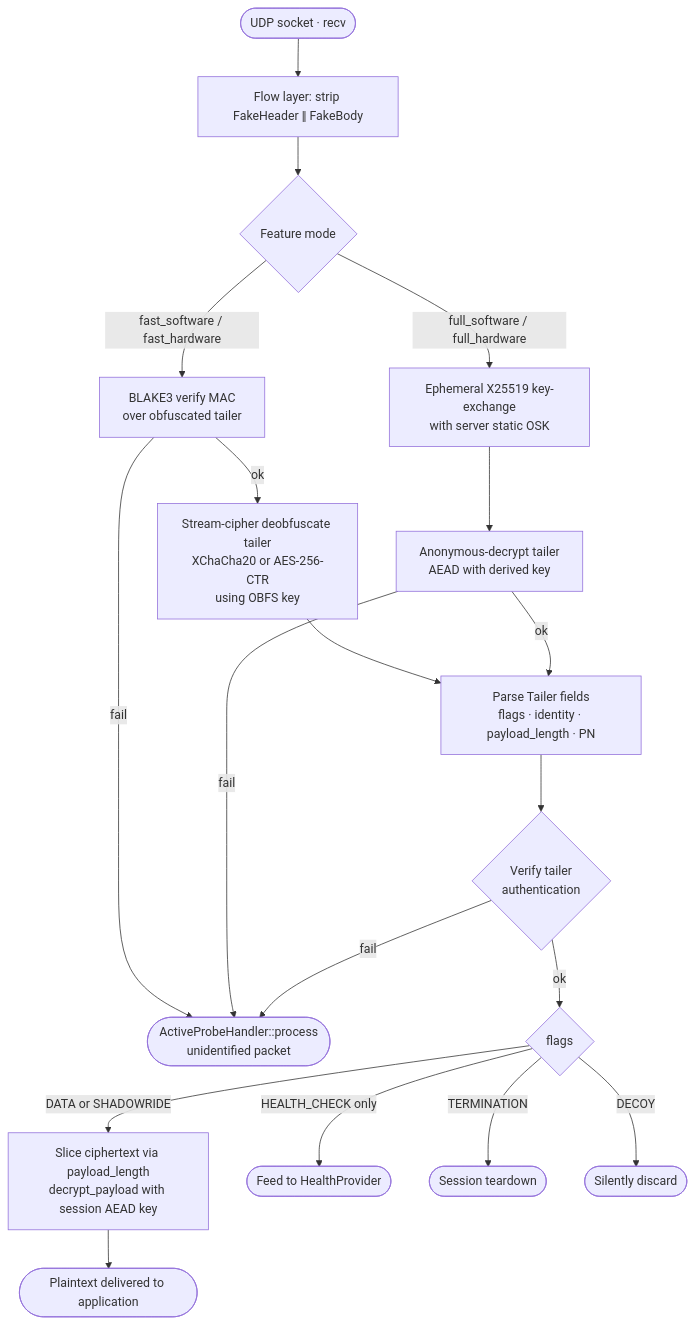
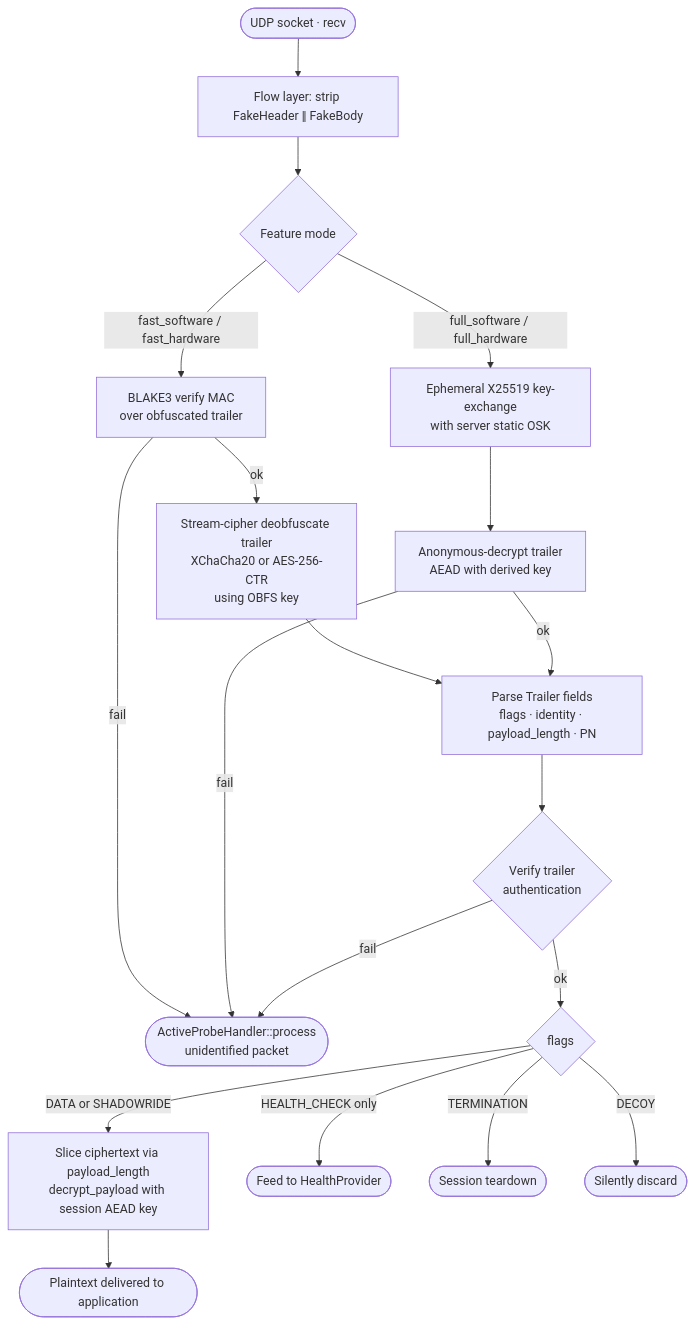
Before and after one commit to pseusys/TYPHOON: the eighth of 13 diagrams in PROTOCOL.md, drawn with Mermaid. The commit also changed other lines of this file and 59 other files, not shown here.

````diff
--- a/PROTOCOL.md
+++ b/PROTOCOL.md
@@ -657,22 +657,22 @@
 ```mermaid
 flowchart TD
     A([UDP socket · recv]) --> B[Flow layer: strip FakeHeader ‖ FakeBody]
     B --> TM{Feature mode}
-    TM -- fast_software / fast_hardware --> C1[BLAKE3 verify MAC\nover obfuscated tailer]
+    TM -- fast_software / fast_hardware --> C1[BLAKE3 verify MAC\nover obfuscated trailer]
     C1 -- fail --> X([ActiveProbeHandler::process\nunidentified packet])
-    C1 -- ok --> C2[Stream-cipher deobfuscate tailer\nXChaCha20 or AES-256-CTR\nusing OBFS key]
+    C1 -- ok --> C2[Stream-cipher deobfuscate trailer\nXChaCha20 or AES-256-CTR\nusing OBFS key]
     TM -- full_software / full_hardware --> D1[Ephemeral X25519 key-exchange\nwith server static OSK]
-    D1 --> D2[Anonymous-decrypt tailer\nAEAD with derived key]
+    D1 --> D2[Anonymous-decrypt trailer\nAEAD with derived key]
     D2 -- fail --> X
 
-    C2 --> E[Parse Tailer fields\nflags · identity · payload_length · PN]
+    C2 --> E[Parse Trailer fields\nflags · identity · payload_length · PN]
     D2 -- ok --> E
-    E --> V{Verify tailer\nauthentication}
+    E --> V{Verify trailer\nauthentication}
     V -- fail --> X
     V -- ok --> F{flags}
     F -- DATA or SHADOWRIDE --> G[Slice ciphertext via payload_length\ndecrypt_payload with session AEAD key]
     G --> H([Plaintext delivered to application])
     F -- HEALTH_CHECK only --> I([Feed to HealthProvider])
     F -- TERMINATION --> J([Session teardown])
     F -- DECOY --> K([Silently discard])
 ```
````
